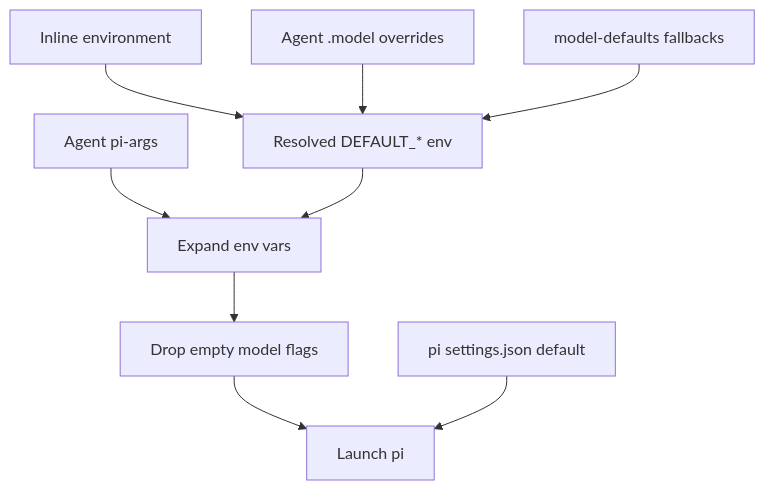
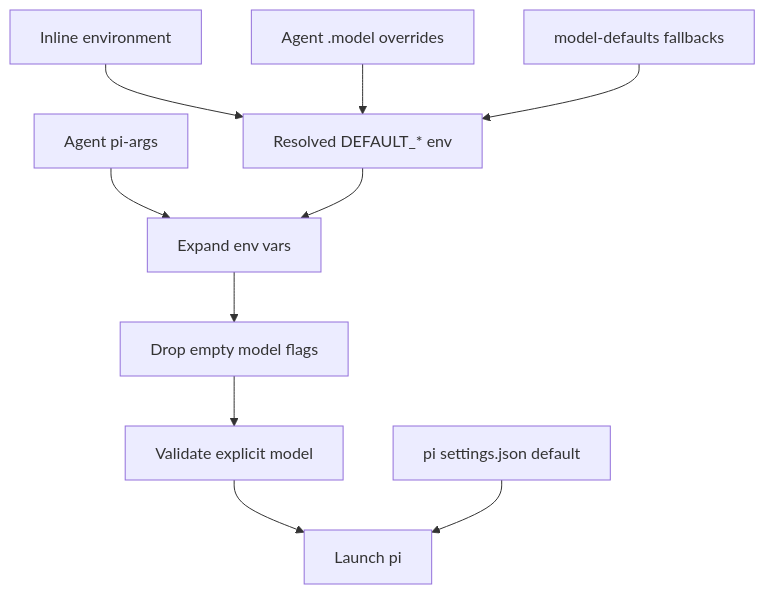
Before and after one commit to PlebeiusGaragicus/dot-pi: the diagram in docs/reference/model-defaults.md, drawn with Mermaid. The commit also changed other lines of this file and 16 other files, not shown here.

First line of the commit message:
Validate model defaults before agent launch.

````diff
--- a/docs/reference/model-defaults.md
+++ b/docs/reference/model-defaults.md
@@ -143,11 +146,12 @@
 ```mermaid
 flowchart TD
   inlineEnv["Inline environment"] --> modelEnv["Resolved DEFAULT_* env"]
   dotModel["Agent .model overrides"] --> modelEnv
   modelDefaults["model-defaults fallbacks"] --> modelEnv
   piArgs["Agent pi-args"] --> expand["Expand env vars"]
   modelEnv --> expand
   expand --> filter["Drop empty model flags"]
-  filter --> launch["Launch pi"]
+  filter --> validate["Validate explicit model"]
+  validate --> launch["Launch pi"]
   piSettings["pi settings.json default"] --> launch
 ```
````
